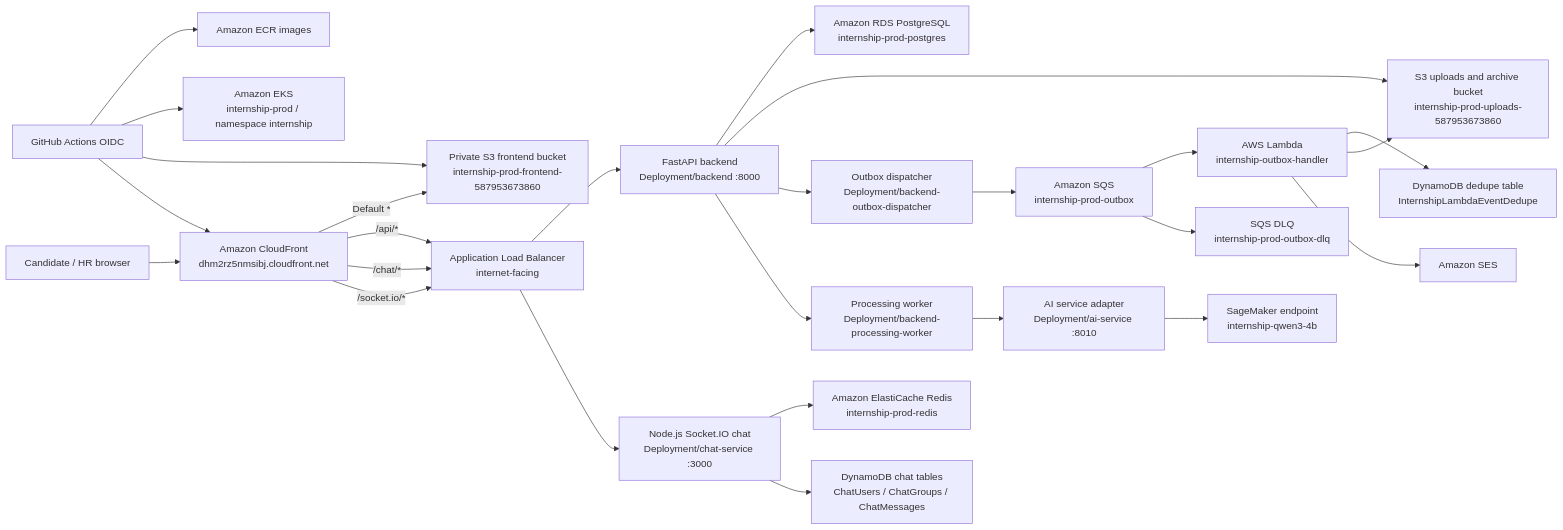
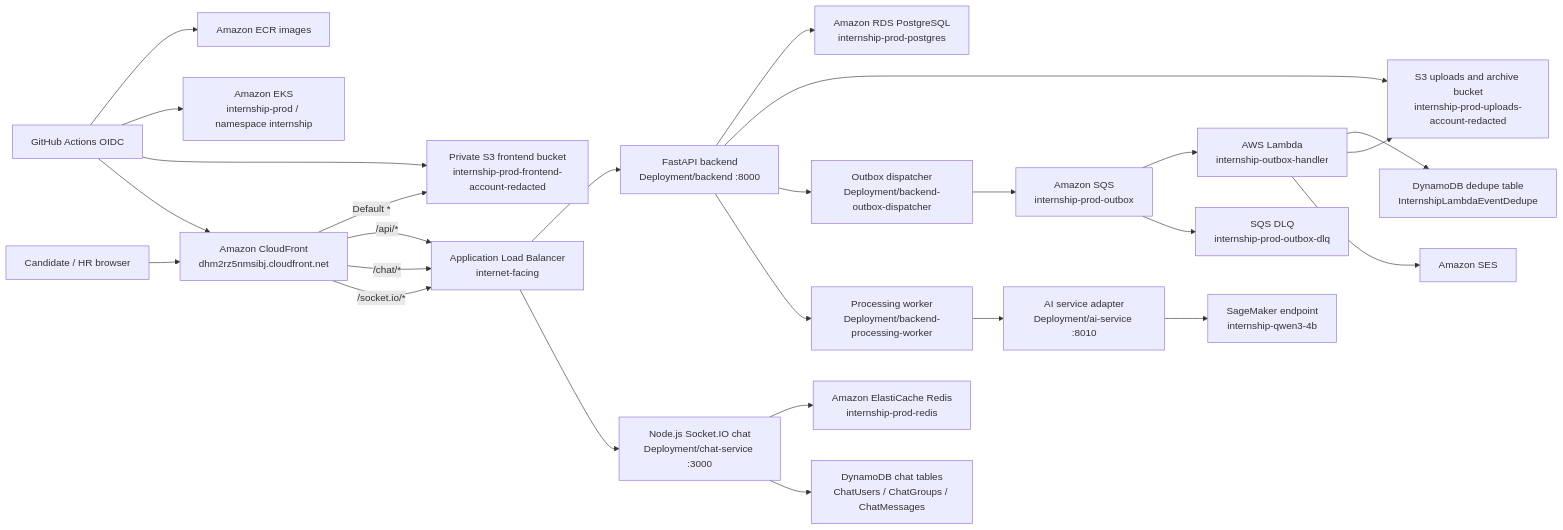
One commit to zKdKaidO/AWS_Report changed the diagram in content/2-Proposal/_index.md. Above: the diagram before and after it, drawn with Mermaid. The commit also changed other lines of this file and 18 other files, not shown here.

````diff
--- a/content/2-Proposal/_index.md
+++ b/content/2-Proposal/_index.md
@@ -112,51 +112,51 @@
 ```mermaid
 flowchart LR
     User["Candidate / HR browser"]
     CF["Amazon CloudFront<br/>dhm2rz5nmsibj.cloudfront.net"]
-    S3Frontend["Private S3 frontend bucket<br/>internship-prod-frontend-587953673860"]
+    S3Frontend["Private S3 frontend bucket<br/>internship-prod-frontend-account-redacted"]
     ALB["Application Load Balancer<br/>internet-facing"]
     EKS["Amazon EKS<br/>internship-prod / namespace internship"]
     Backend["FastAPI backend<br/>Deployment/backend :8000"]
     Chat["Node.js Socket.IO chat<br/>Deployment/chat-service :3000"]
     Dispatcher["Outbox dispatcher<br/>Deployment/backend-outbox-dispatcher"]
     Worker["Processing worker<br/>Deployment/backend-processing-worker"]
     AI["AI service adapter<br/>Deployment/ai-service :8010"]
     RDS["Amazon RDS PostgreSQL<br/>internship-prod-postgres"]
     Redis["Amazon ElastiCache Redis<br/>internship-prod-redis"]
     DDBChat["DynamoDB chat tables<br/>ChatUsers / ChatGroups / ChatMessages"]
-    S3Uploads["S3 uploads and archive bucket<br/>internship-prod-uploads-587953673860"]
+    S3Uploads["S3 uploads and archive bucket<br/>internship-prod-uploads-account-redacted"]
     SQS["Amazon SQS<br/>internship-prod-outbox"]
     DLQ["SQS DLQ<br/>internship-prod-outbox-dlq"]
     Lambda["AWS Lambda<br/>internship-outbox-handler"]
     Dedupe["DynamoDB dedupe table<br/>InternshipLambdaEventDedupe"]
     SES["Amazon SES"]
     SageMaker["SageMaker endpoint<br/>internship-qwen3-4b"]
     GitHub["GitHub Actions OIDC"]
     ECR["Amazon ECR images"]
 
     User --> CF
     CF -->|"Default *"| S3Frontend
     CF -->|"/api/*"| ALB
     CF -->|"/chat/*"| ALB
     CF -->|"/socket.io/*"| ALB
     ALB --> Backend
     ALB --> Chat
     Backend --> RDS
     Backend --> S3Uploads
     Backend --> Dispatcher
     Backend --> Worker
     Chat --> Redis
     Chat --> DDBChat
     Worker --> AI
     AI --> SageMaker
     Dispatcher --> SQS
     SQS --> Lambda
     SQS --> DLQ
     Lambda --> Dedupe
     Lambda --> S3Uploads
     Lambda --> SES
     GitHub --> ECR
     GitHub --> EKS
     GitHub --> S3Frontend
     GitHub --> CF
 ```
````
